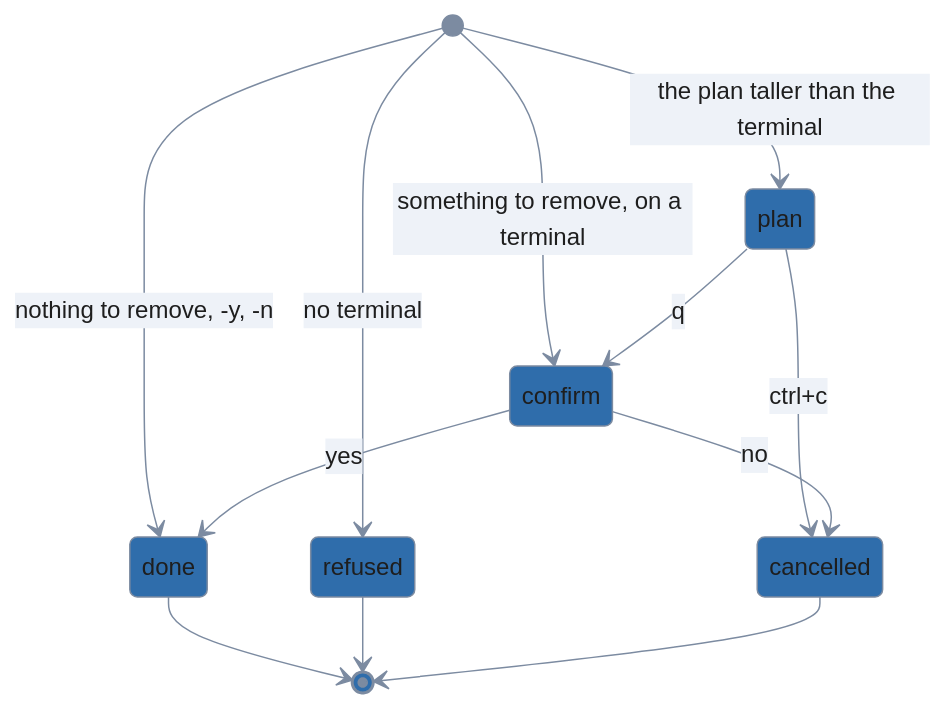
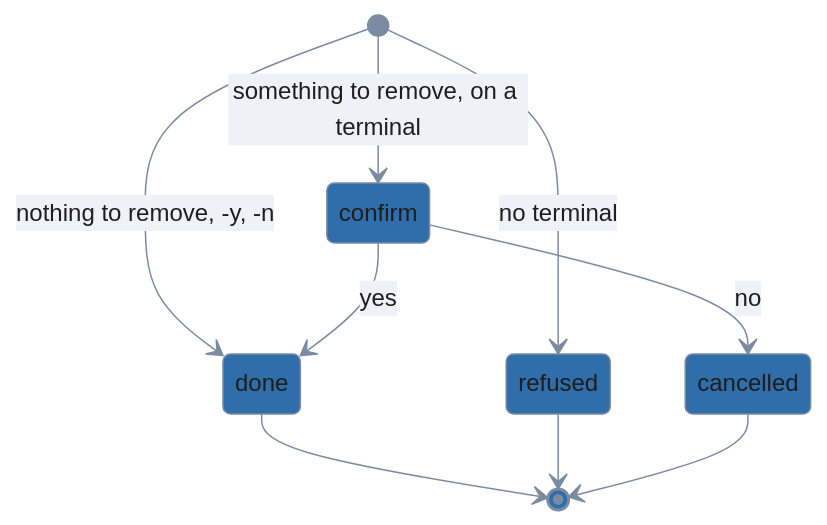
The seventh of 14 diagrams in docs/architecture/tui-flows.md (trevor-vaughan/lola-go), drawn with Mermaid before and after one commit. The commit also changed other lines of this file and 33 other files, not shown here.

````diff
--- a/docs/architecture/tui-flows.md
+++ b/docs/architecture/tui-flows.md
@@ -1055,32 +1055,29 @@
 ```mermaid
 %%{init: {'theme': 'base', 'themeVariables': {
   'primaryColor': '#2f6dab',
   'primaryTextColor': '#1e1e1e',
   'primaryBorderColor': '#7c8ba1',
   'lineColor': '#7c8ba1',
   'edgeLabelBackground': '#eef2f8',
   'tertiaryColor': 'transparent',
   'tertiaryTextColor': '#7c8ba1',
   'tertiaryBorderColor': '#7c8ba1',
   'clusterBkg': 'transparent',
   'clusterBorder': '#7c8ba1',
   'titleColor': '#7c8ba1',
   'noteBkgColor': '#eef2f8',
   'noteTextColor': '#1e1e1e',
   'fontFamily': 'system-ui, sans-serif'
 }, 'themeCSS': '.node .nodeLabel{color:#ffffff!important;fill:#ffffff!important;}'}}%%
 stateDiagram-v2
   direction TB
 
   [*] --> confirm: something to remove, on a terminal
-  [*] --> plan: the plan taller than the terminal
   [*] --> done: nothing to remove, -y, -n
   [*] --> refused: no terminal
-  plan --> confirm: q
-  plan --> cancelled: ctrl+c
   confirm --> done: yes
   confirm --> cancelled: no
   done --> [*]
   refused --> [*]
   cancelled --> [*]
 ```
````
